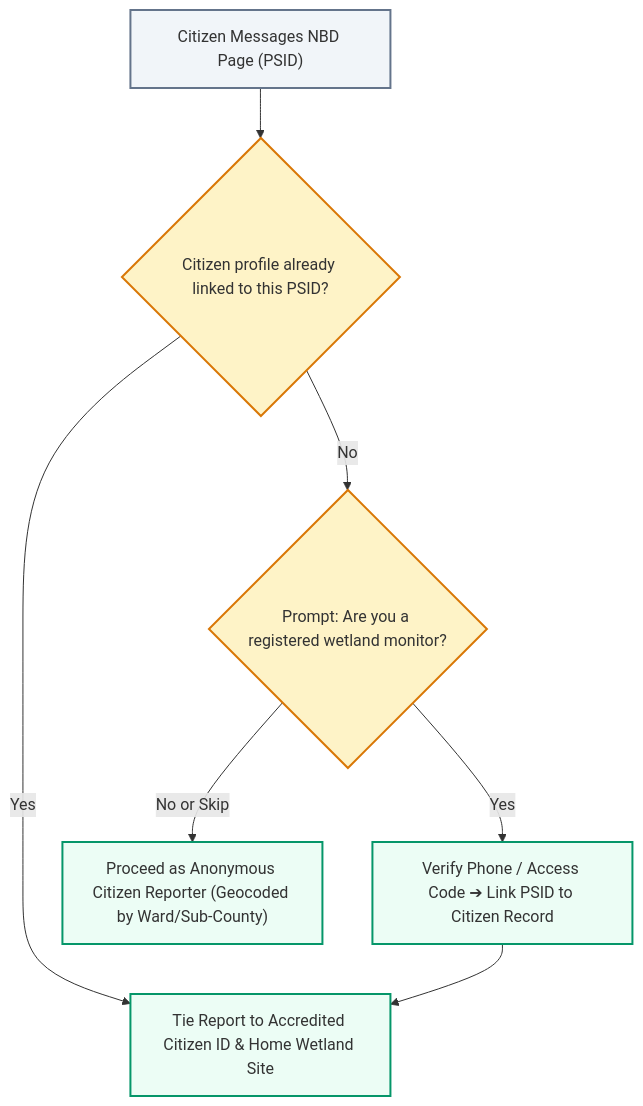
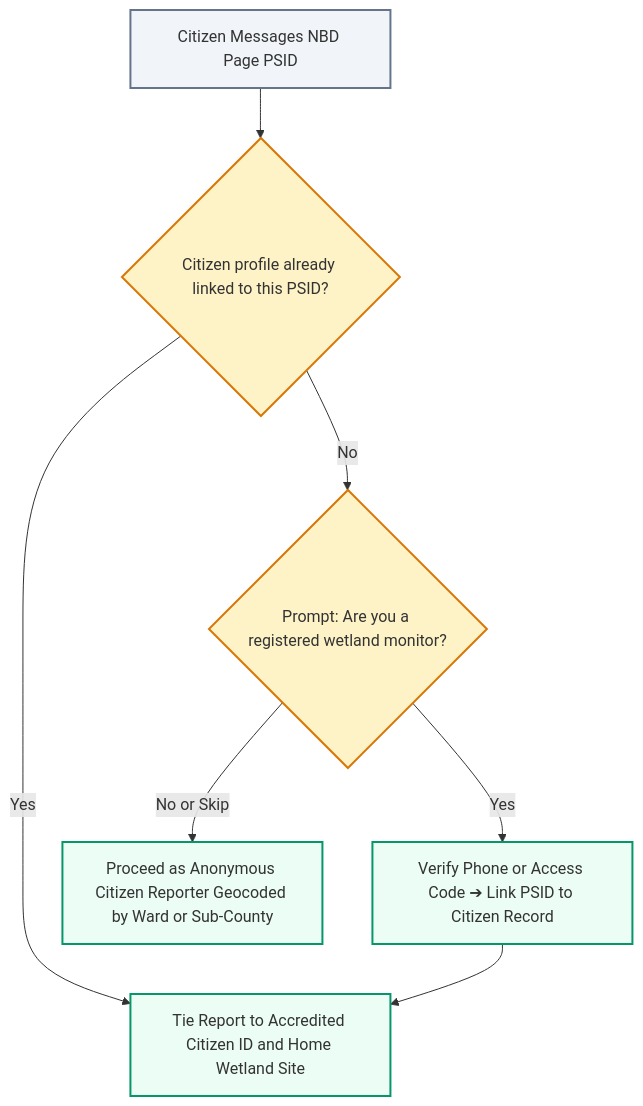
Before and after one commit to akvo/nbd-phase-1: the second of 2 diagrams in docs/facebook_messenger_exploration_executive_summary.md, drawn with Mermaid. The commit also changed other lines of this file and 1 other file, not shown here.

Commit message:
[#170] fix(docs): harden mermaid syntax and quote subgraph titles for github renderer

````diff
--- a/docs/facebook_messenger_exploration_executive_summary.md
+++ b/docs/facebook_messenger_exploration_executive_summary.md
@@ -115,13 +115,13 @@
 ```mermaid
 flowchart TD
     classDef start fill:#f1f5f9,stroke:#64748b,stroke-width:2px;
     classDef decision fill:#fef3c7,stroke:#d97706,stroke-width:2px;
     classDef process fill:#ecfdf5,stroke:#059669,stroke-width:2px;
 
-    Start["Citizen Messages NBD Page (PSID)"]:::start --> CheckLinked{"Citizen profile already linked to this PSID?"}:::decision
-    CheckLinked -->|Yes| LinkedFlow["Tie Report to Accredited Citizen ID & Home Wetland Site"]:::process
+    Start["Citizen Messages NBD Page PSID"]:::start --> CheckLinked{"Citizen profile already linked to this PSID?"}:::decision
+    CheckLinked -->|Yes| LinkedFlow["Tie Report to Accredited Citizen ID and Home Wetland Site"]:::process
     CheckLinked -->|No| AskLink{"Prompt: Are you a registered wetland monitor?"}:::decision
-    AskLink -->|Yes| VerifyPhone["Verify Phone / Access Code ➔ Link PSID to Citizen Record"]:::process
-    AskLink -->|No or Skip| AnonFlow["Proceed as Anonymous Citizen Reporter (Geocoded by Ward/Sub-County)"]:::process
+    AskLink -->|Yes| VerifyPhone["Verify Phone or Access Code ➔ Link PSID to Citizen Record"]:::process
+    AskLink -->|No or Skip| AnonFlow["Proceed as Anonymous Citizen Reporter Geocoded by Ward or Sub-County"]:::process
     VerifyPhone --> LinkedFlow
 ```
````
